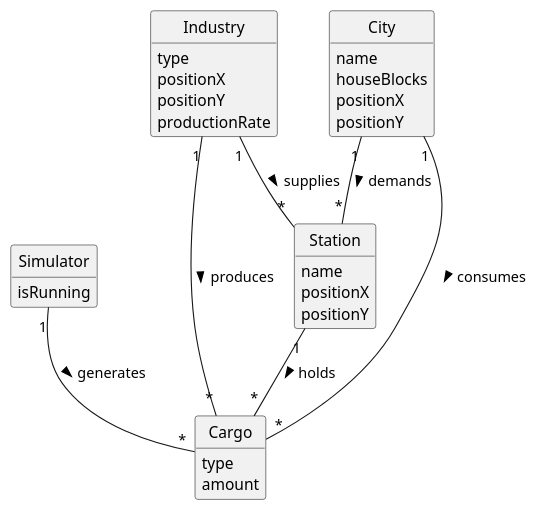
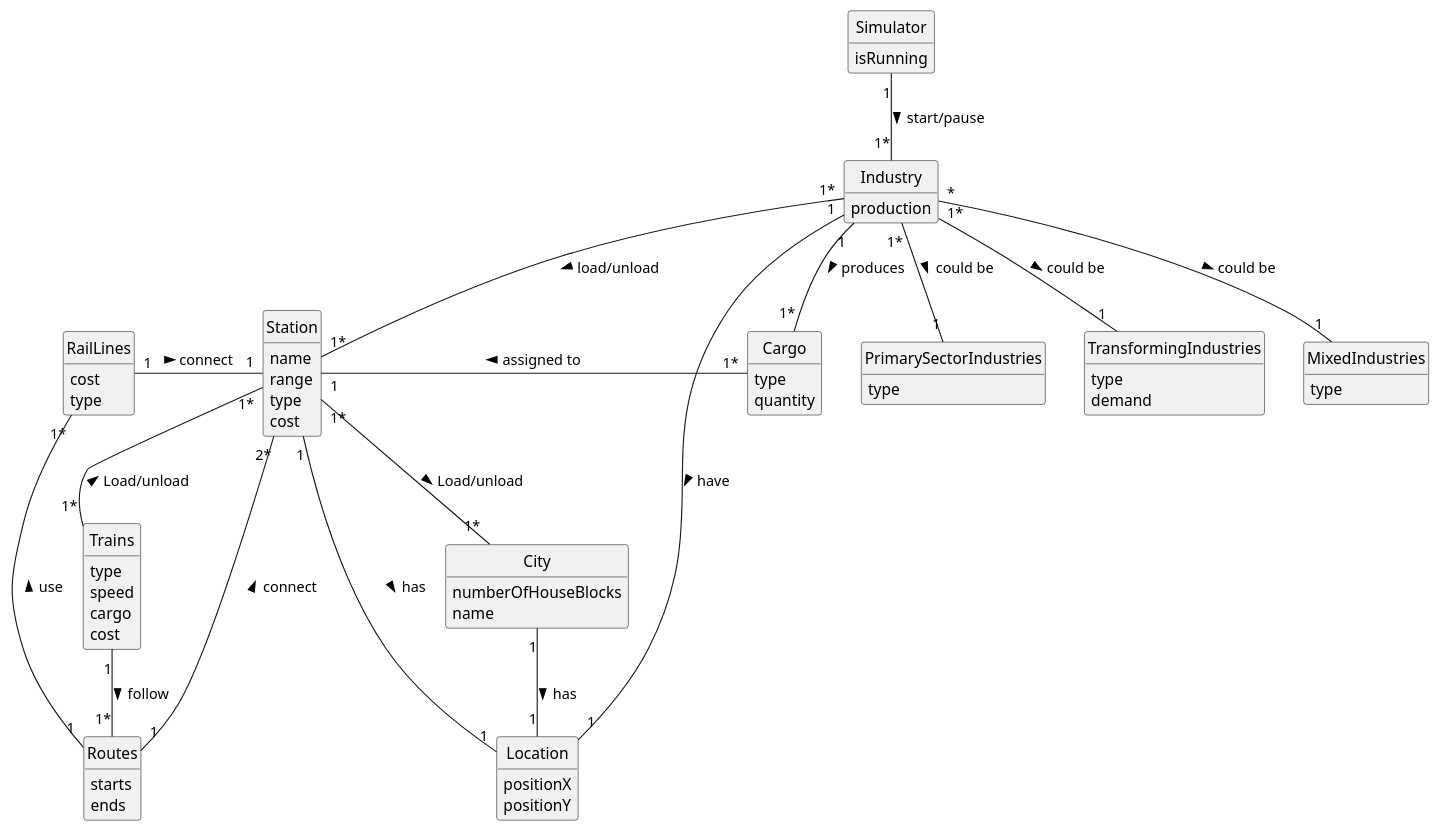
Before and after one commit to 1240826/empire-on-tracks: the diagram in docs/system-documentation/US012/02.analysis/puml/US012-DM.puml, drawn with PlantUML. The commit also changed 4 other files, not shown here.

```diff
--- a/docs/system-documentation/US012/02.analysis/puml/US012-DM.puml
+++ b/docs/system-documentation/US012/02.analysis/puml/US012-DM.puml
@@ -1,54 +1,85 @@
 @startuml
 skinparam monochrome true
 skinparam packageStyle rectangle
 skinparam shadowing false
 skinparam classAttributeIconSize 0
 hide circle
 hide methods
 
-'title US12 - Cargo Generation Simulator (Domain Model)
-
-class Simulator {
-    isRunning
-    start()
-    pause()
-    generateCargo()
+class Simulator{
+isRunning
+}
+class Industry {
+    production
+}
+class PrimarySectorIndustries{
+    type
+}
+class TransformingIndustries{
+    type
+    demand
+}
+class MixedIndustries{
+    type
+}
+class Station {
+    name
+    range
+    type
+    cost
 }
 
-class Station {
-    name
+class Cargo {
+    type
+    quantity
+}
+
+class RailLines{
+cost
+type
+}
+
+class Location{
     positionX
     positionY
 }
 
-class Industry {
-    type
-    positionX
-    positionY
-    productionRate
+
+class City {
+    numberOfHouseBlocks
+    name
 }
 
-class City {
-    name
-    houseBlocks
-    positionX
-    positionY
+class Trains{
+     type
+     speed
+     cargo
+     cost
 }
 
-class Cargo {
-    type
-    amount
-
+class Routes{
+    starts
+    ends
 }
 
-' --- Relacionamentos ---
-Simulator "1" -- "*" Cargo : generates >
-Station "1" -- "*" Cargo : holds >
+Simulator "1" -- "1*" Industry : start/pause >
 
-Industry "1" -- "*" Station : supplies >
-City "1" -- "*" Station : demands >
+Industry "1*" -- "1" PrimarySectorIndustries : could be >
+Industry "1*" -- "1" TransformingIndustries : could be >
+Industry "*" -- "1" MixedIndustries : could be >
+Industry "1" -- "1*" Cargo : produces >
+Industry "1*" -- "1*" Station : load/unload >
+Industry "1" - "1" Location : have >
 
-Industry "1" -- "*" Cargo : produces >
-City "1" -- "*" Cargo : consumes >
+Station "1" - "1*" Cargo : assigned to <
+Station "1" -- "1" Location : has >
+Station "1" -left "1" RailLines : connect <
+Station "1*" -- "1*" Trains : Load/unload <
+Station "1*" -- "1*" City : Load/unload >
 
+Trains "1" -- "1*" Routes : follow >
+
+Routes "1" -- "1*" RailLines : use >
+Routes "1" -- "2*" Station : connect >
+City "1" -- "1" Location : has >
 @enduml
```
